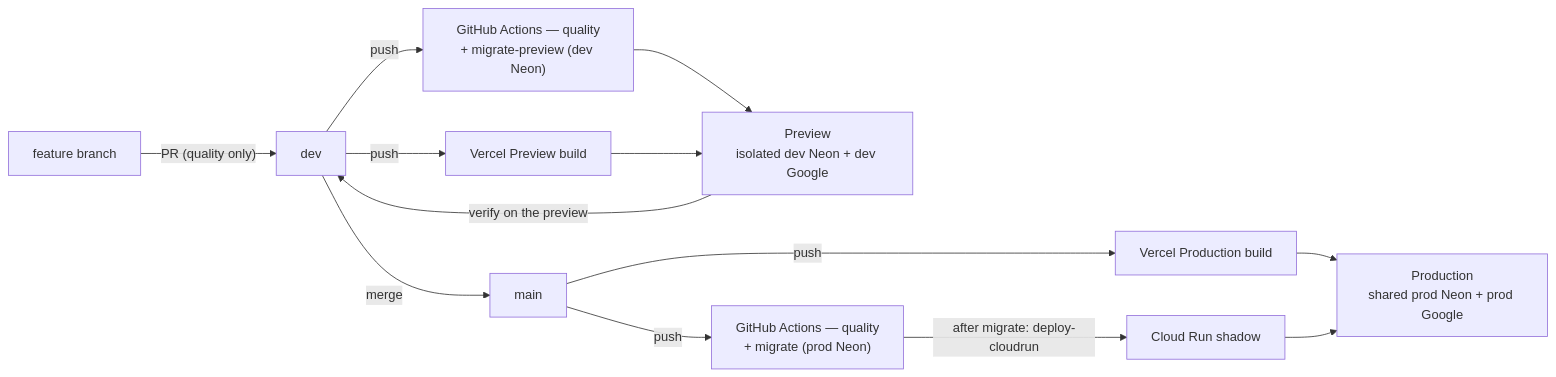
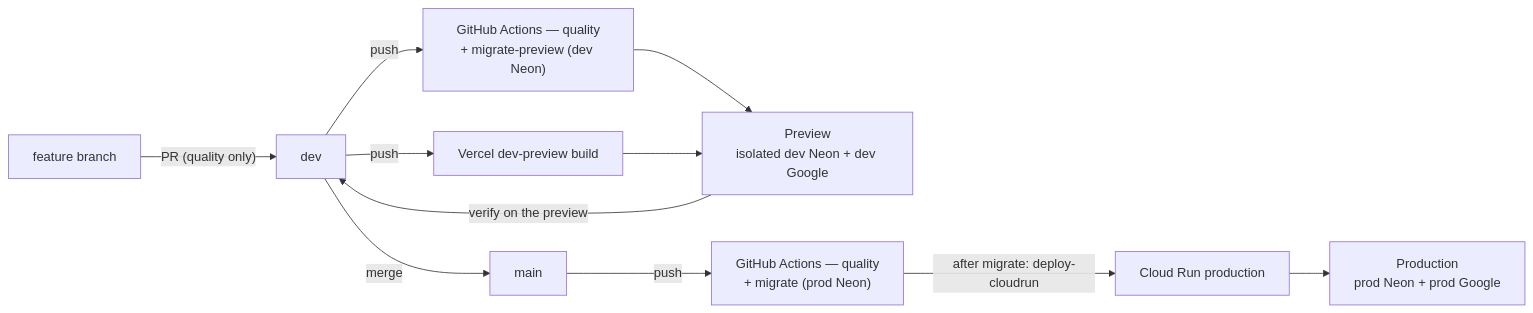
Before and after one commit to oncloudnintynineone-source/cloudy2: the second of 3 diagrams in docs/developer-guide.md, drawn with Mermaid. The commit also changed other lines of this file and 12 other files, not shown here.

Commit message:
Update docs on production and dev env

````diff
--- a/docs/developer-guide.md
+++ b/docs/developer-guide.md
@@ -183,13 +185,12 @@
 ```mermaid
 flowchart LR
  FB[feature branch] -- "PR (quality only)" --> DEV[dev]
  DEV -- "push" --> A1["GitHub Actions — quality<br/>+ migrate-preview (dev Neon)"]
- DEV -- "push" --> V1["Vercel Preview build"]
+ DEV -- "push" --> V1["Vercel dev-preview build"]
  A1 & V1 --> PREV["Preview<br/>isolated dev Neon + dev Google"]
  PREV -- "verify on the preview" --> DEV
  DEV -- "merge" --> MAIN[main]
  MAIN -- "push" --> A2["GitHub Actions — quality<br/>+ migrate (prod Neon)"]
- MAIN -- "push" --> V2["Vercel Production build"]
- A2 -- "after migrate: deploy-cloudrun" --> CR["Cloud Run shadow"]
- V2 & CR --> P["Production<br/>shared prod Neon + prod Google"]
+ A2 -- "after migrate: deploy-cloudrun" --> CR["Cloud Run production"]
+ CR --> P["Production<br/>prod Neon + prod Google"]
 ```
````
